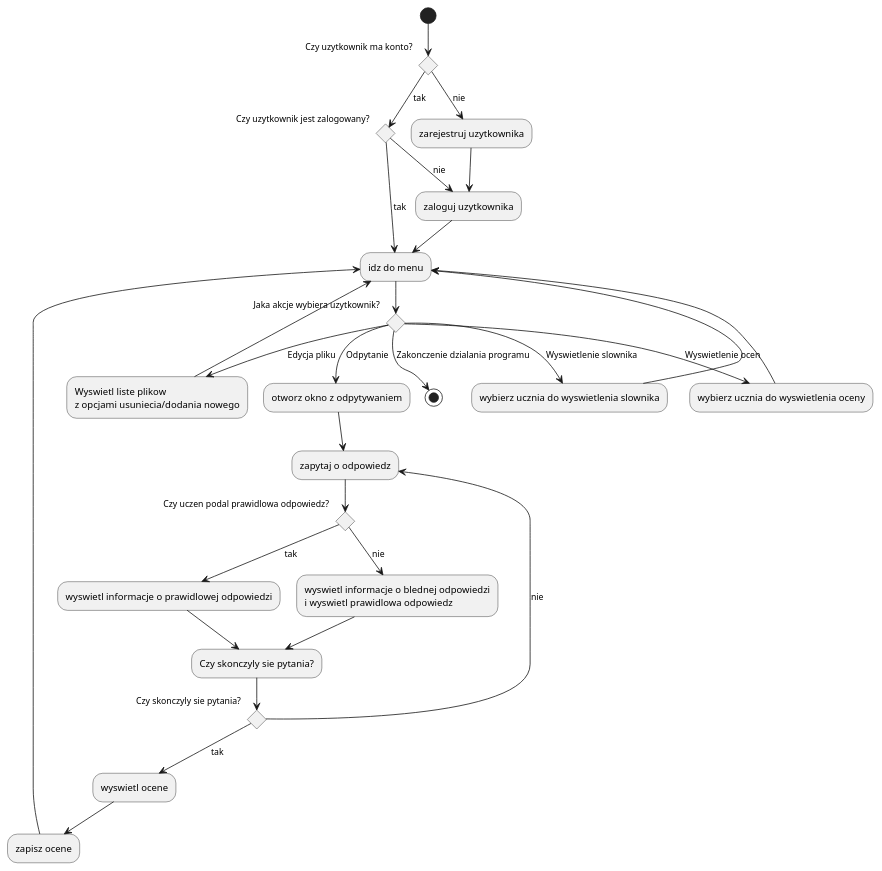
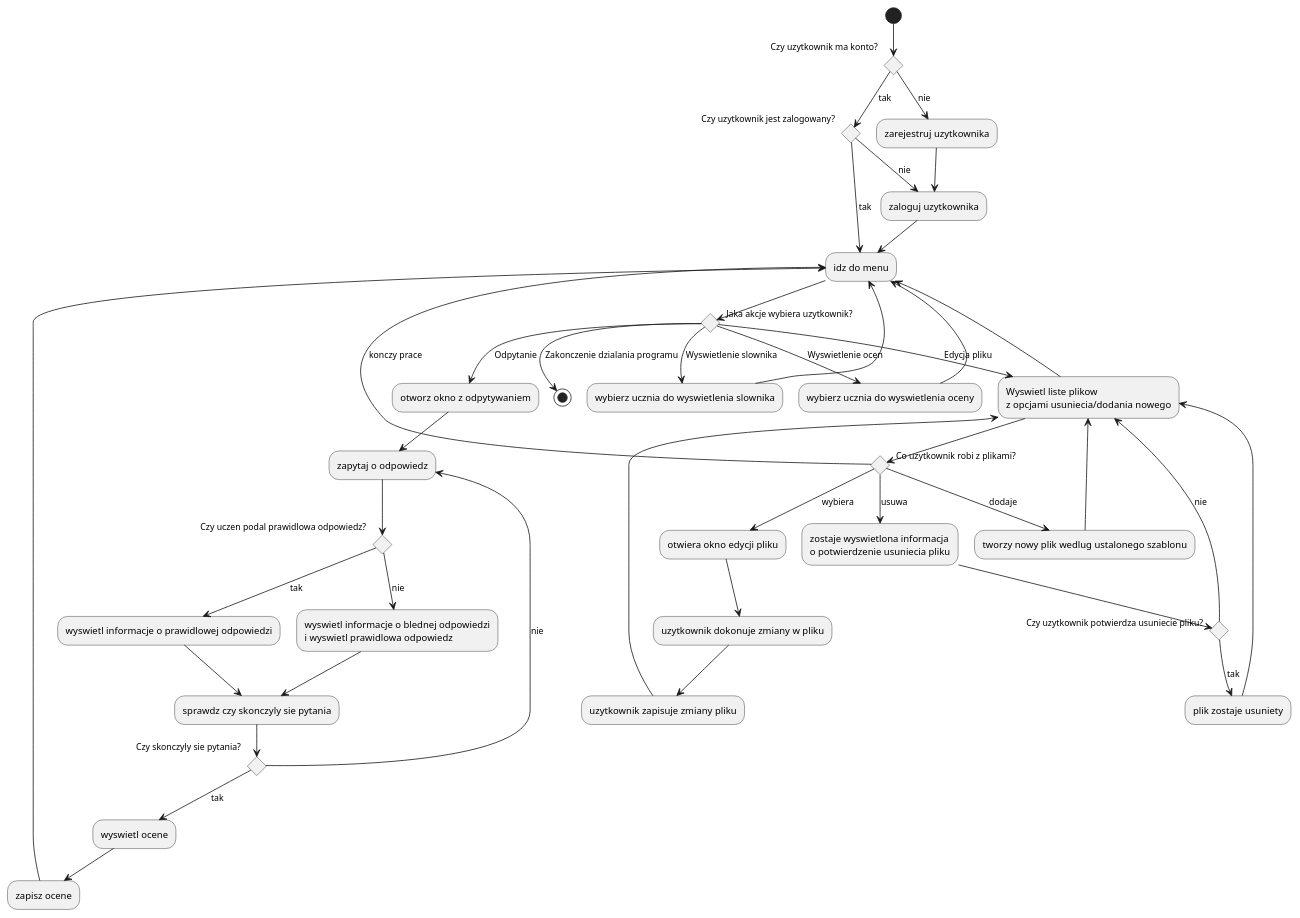
Before and after one commit to KrzychuK121/UMLZaliczeniProjekt: the diagram in diagramAktywnosci.plantuml, drawn with PlantUML. The commit also changed 2 other files, not shown here.

Commit message:
Poprawa w odnodze odpytania oraz ukończenie rozpisania opcji edycji

```diff
--- a/diagramAktywnosci.plantuml
+++ b/diagramAktywnosci.plantuml
@@ -1,45 +1,64 @@
 @startuml
 
 (*) --> if "Czy uzytkownik ma konto?" then 
         --> [tak] if "Czy uzytkownik jest zalogowany?" then
             --> [tak] "idz do menu"
         else
             --> [nie] "zaloguj uzytkownika"
         endif
     else 
         --> [nie] "zarejestruj uzytkownika"
         --> "zaloguj uzytkownika"
         --> "idz do menu"
     endif 
     "idz do menu" --> if "Jaka akcje wybiera uzytkownik?"
         --> [Odpytanie] "otworz okno z odpytywaniem"
         --> "zapytaj o odpowiedz"
         --> if "Czy uczen podal prawidlowa odpowiedz?" then
             --> [tak] "wyswietl informacje o prawidlowej odpowiedzi"
-            --> "Czy skonczyly sie pytania?"
+            --> "sprawdz czy skonczyly sie pytania"
         else
             --> [nie] "wyswietl informacje o blednej odpowiedzi\ni wyswietl prawidlowa odpowiedz"
-            --> "Czy skonczyly sie pytania?"
+            --> "sprawdz czy skonczyly sie pytania"
         endif
         --> if "Czy skonczyly sie pytania?" then
             --> [tak] "wyswietl ocene"
             -->  "zapisz ocene"
             --> "idz do menu"
         else
             --> [nie] "zapytaj o odpowiedz"
         endif
 
     else 
-        --> [Edycja pliku] "Wyswietl liste plikow\nz opcjami usuniecia/dodania nowego"
+        --> [Edycja pliku] "Wyswietl liste plikow\nz opcjami usuniecia/dodania nowego" as wyswietlListePlikow
+        --> if "Co uzytkownik robi z plikami?" then
+            --> [konczy prace] "idz do menu"
+        else
+            --> [usuwa] "zostaje wyswietlona informacja\no potwierdzenie usuniecia pliku"
+            --> if "Czy uzytkownik potwierdza usuniecie pliku?" then
+                --> [tak] "plik zostaje usuniety"
+                --> wyswietlListePlikow
+            else
+                --> [nie] wyswietlListePlikow
+            endif
+        else
+            --> [dodaje] "tworzy nowy plik wedlug ustalonego szablonu"
+            --> wyswietlListePlikow
+        else
+            --> [wybiera] "otwiera okno edycji pliku"
+            --> "uzytkownik dokonuje zmiany w pliku"
+            --> "uzytkownik zapisuje zmiany pliku"
+            --> wyswietlListePlikow
+        endif
         --> "idz do menu"
     else 
         --> [Wyswietlenie slownika] "wybierz ucznia do wyswietlenia slownika"
         --> "idz do menu"
     else
         --> [Wyswietlenie ocen] "wybierz ucznia do wyswietlenia oceny"
         --> "idz do menu"
     else
         --> [Zakonczenie dzialania programu] (*)
     endif
 
 @enduml
```
